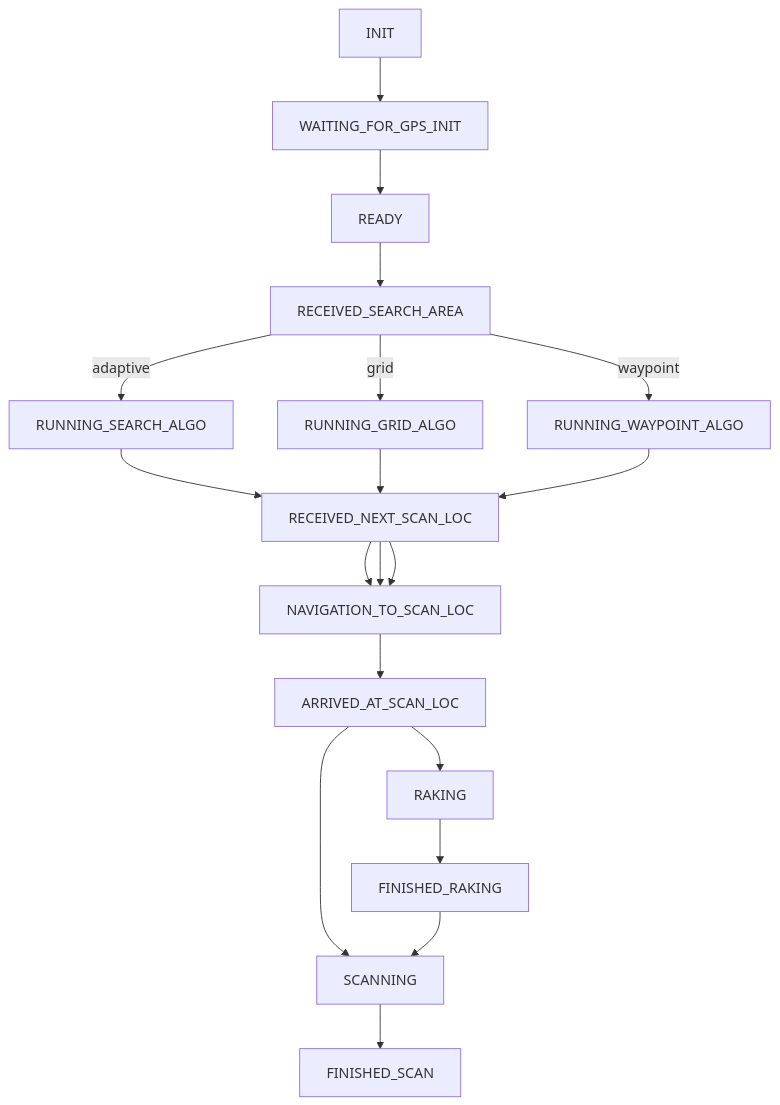
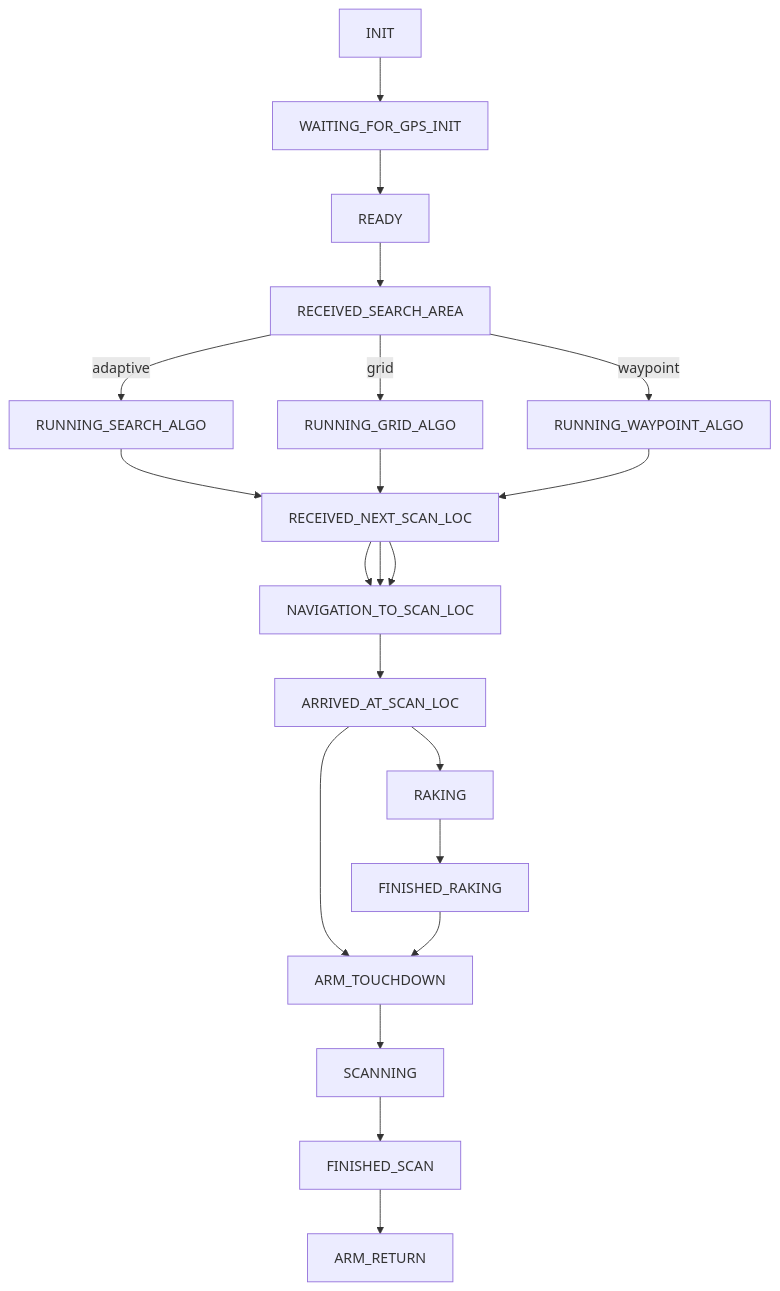
One commit to robomechanics/environmental_robot changed the diagram in README.md. Above: the diagram before and after it, drawn with Mermaid. The commit also changed 4 other files, not shown here.

````diff
--- a/README.md
+++ b/README.md
@@ -22,15 +22,17 @@
 ```mermaid
 flowchart TD;
     INIT --> WAITING_FOR_GPS_INIT;
     WAITING_FOR_GPS_INIT --> READY;
     READY --> RECEIVED_SEARCH_AREA;
     RECEIVED_SEARCH_AREA --> |adaptive| RUNNING_SEARCH_ALGO --> RECEIVED_NEXT_SCAN_LOC --> NAVIGATION_TO_SCAN_LOC;
     RECEIVED_SEARCH_AREA --> |grid| RUNNING_GRID_ALGO --> RECEIVED_NEXT_SCAN_LOC --> NAVIGATION_TO_SCAN_LOC;
     NAVIGATION_TO_SCAN_LOC --> ARRIVED_AT_SCAN_LOC;
     RECEIVED_SEARCH_AREA --> |waypoint| RUNNING_WAYPOINT_ALGO --> RECEIVED_NEXT_SCAN_LOC --> NAVIGATION_TO_SCAN_LOC;
     ARRIVED_AT_SCAN_LOC --> RAKING;
-    ARRIVED_AT_SCAN_LOC --> SCANNING;
-    RAKING --> FINISHED_RAKING --> SCANNING;
+    ARRIVED_AT_SCAN_LOC --> ARM_TOUCHDOWN;
+    RAKING --> FINISHED_RAKING --> ARM_TOUCHDOWN;
+	ARM_TOUCHDOWN --> SCANNING;
     SCANNING --> FINISHED_SCAN;
+    FINISHED_SCAN --> ARM_RETURN;
     
 ```
````
